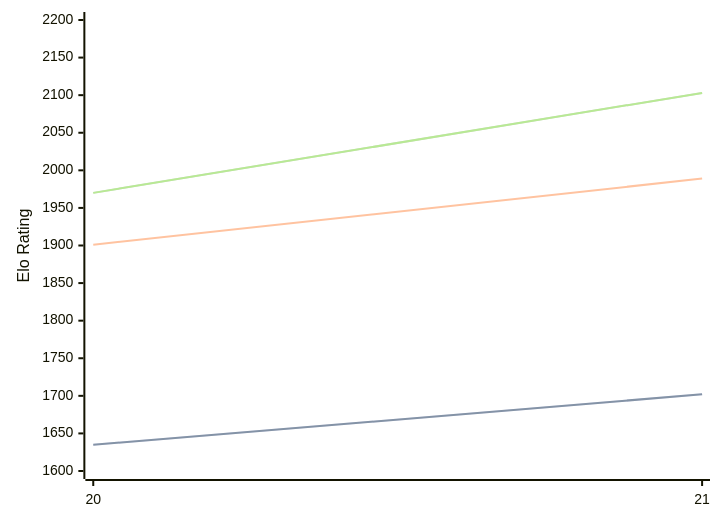
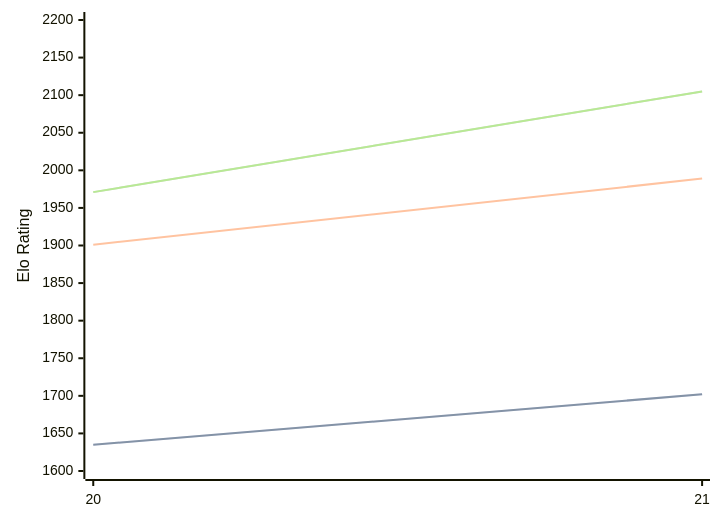
Before and after one commit to computer-chess-index/cci: the diagram in engines/PurplePanda.md, drawn with Mermaid. The commit also changed other lines of this file, not shown here.

Commit message:
Update CCI Ratings (ELO VLTC) - 2026-07-23

````diff
--- a/engines/PurplePanda.md
+++ b/engines/PurplePanda.md
@@ -40,11 +40,11 @@
 ```mermaid
 %%{init: {"theme":"base","themeVariables":{"seriesColors:['#a3a3a3','#222221','#faa371']}}}%%
 xychart-beta
   x-axis ["20", "21"]
   y-axis "Elo Rating" 1600 --> 2200
   line "STC (8.0+0.08s)" [1635, 1702]
   line "STC (8.0+0.08s)" [1635, 1702]
   line "LTC (60.0+0.60s)" [1901, 1989]
-  line "VLTC (2m24s+1.12s)" [1970, 2103]
-  line "VLTC (2m24s+1.12s)" [1970, 2103]
+  line "VLTC (2m24s+1.12s)" [1971, 2105]
+  line "VLTC (2m24s+1.12s)" [1971, 2105]
 ```
````
